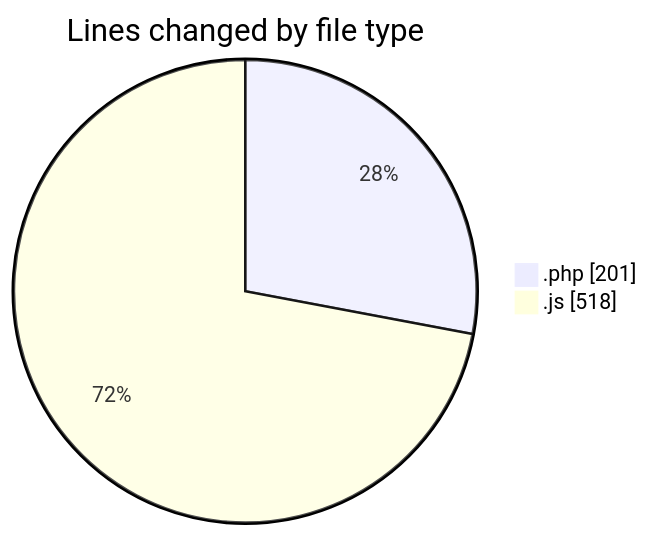
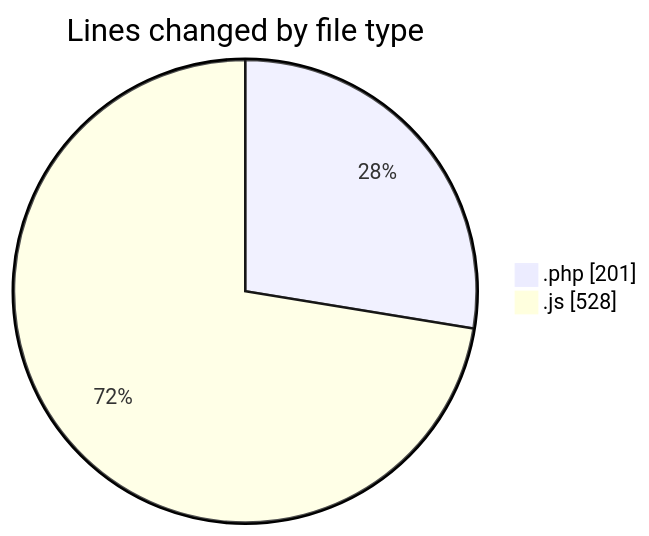
The first of 2 diagrams in 2025-09-29/untitled__workspace_/README.md (debugP/code-tracking), drawn with Mermaid before and after one commit. The commit also changed other lines of this file and 1 other file, not shown here.

````diff
--- a/2025-09-29/untitled__workspace_/README.md
+++ b/2025-09-29/untitled__workspace_/README.md
@@ -21,6 +21,6 @@
 ```mermaid
 pie showData
 title Lines changed by file type
 ".php" : 201
-".js" : 518
+".js" : 528
 ```
````
